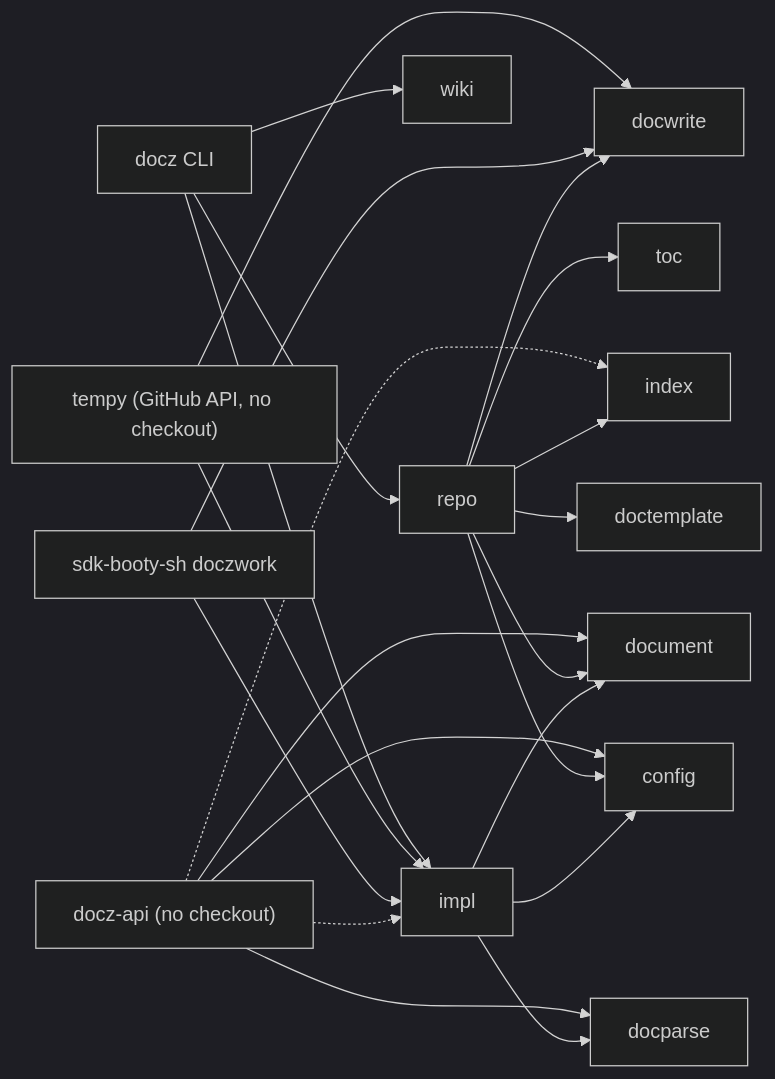
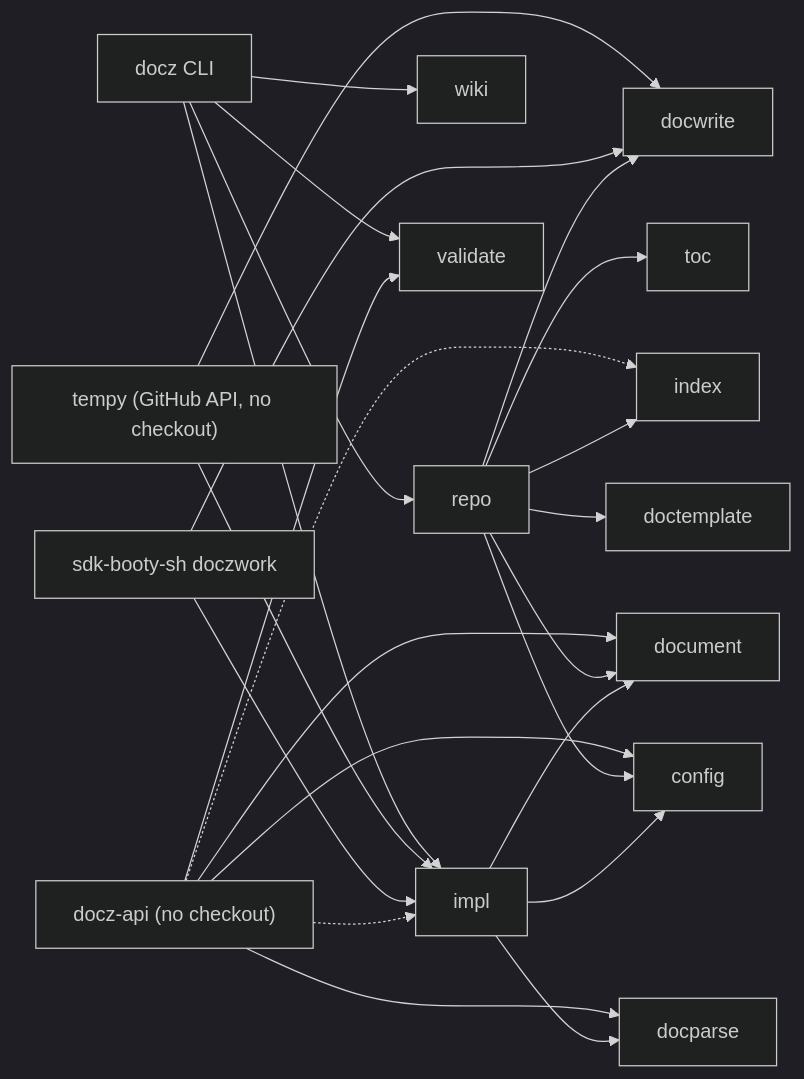
The seventh of 15 diagrams in docs/design/0014-the-docz-api-as-one-unit-packages-types-functions-and-the-cmd.md (donaldgifford/docz), drawn with Mermaid (dark theme) before and after one commit. The commit also changed other lines of this file and 3 other files, not shown here.

First line of the commit message:
docs: DESIGN-0015 structured regions + docz validate; DESIGN-0014 context/hooks and regions amendments

````diff
--- a/docs/design/0014-the-docz-api-as-one-unit-packages-types-functions-and-the-cmd.md
+++ b/docs/design/0014-the-docz-api-as-one-unit-packages-types-functions-and-the-cmd.md
@@ -825,10 +912,10 @@
 ```mermaid
 flowchart LR
-  cli["docz CLI"] --> repo & wiki & impl
+  cli["docz CLI"] --> repo & wiki & impl & validate
   tempy["tempy (GitHub API, no checkout)"] --> impl & docwrite
   booty["sdk-booty-sh doczwork"] --> impl & docwrite
-  api["docz-api (no checkout)"] --> document & docparse & config
+  api["docz-api (no checkout)"] --> document & docparse & config & validate
   api -.-> index & impl
   repo --> docwrite & toc & index & doctemplate & document & config
   impl --> document & docparse & config
 ```
````
